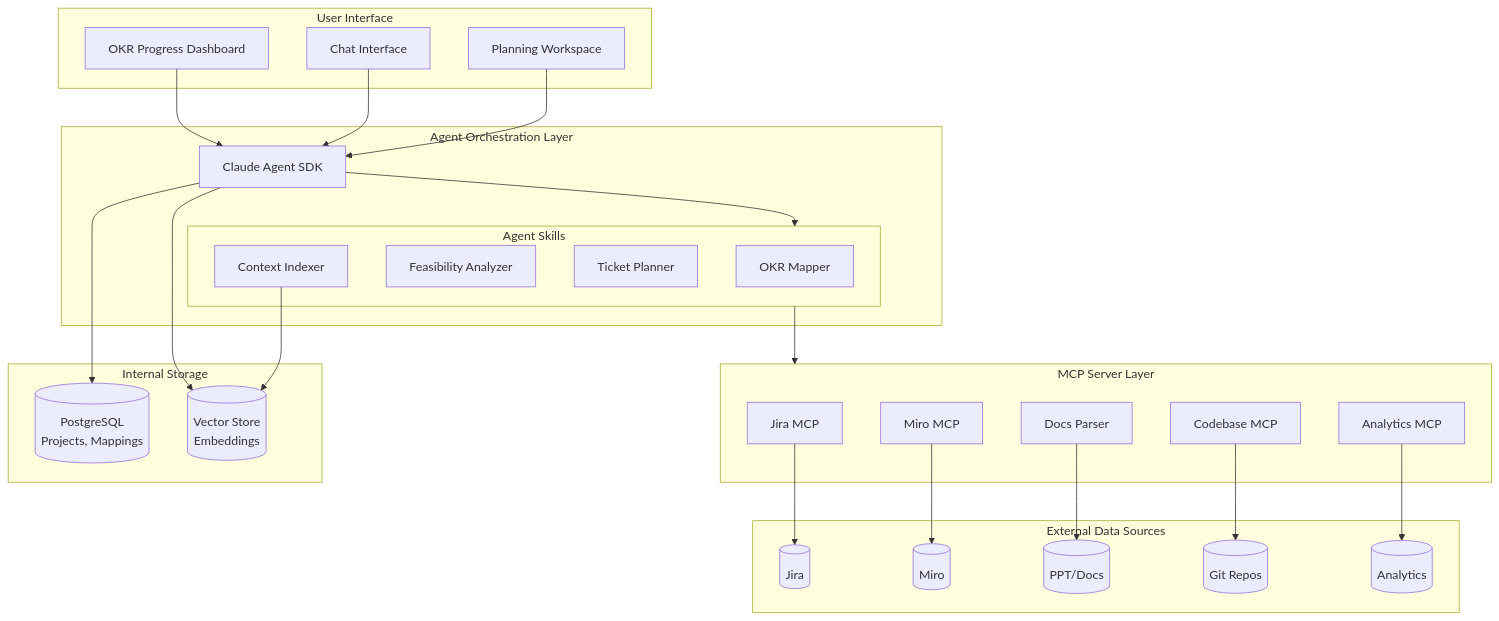
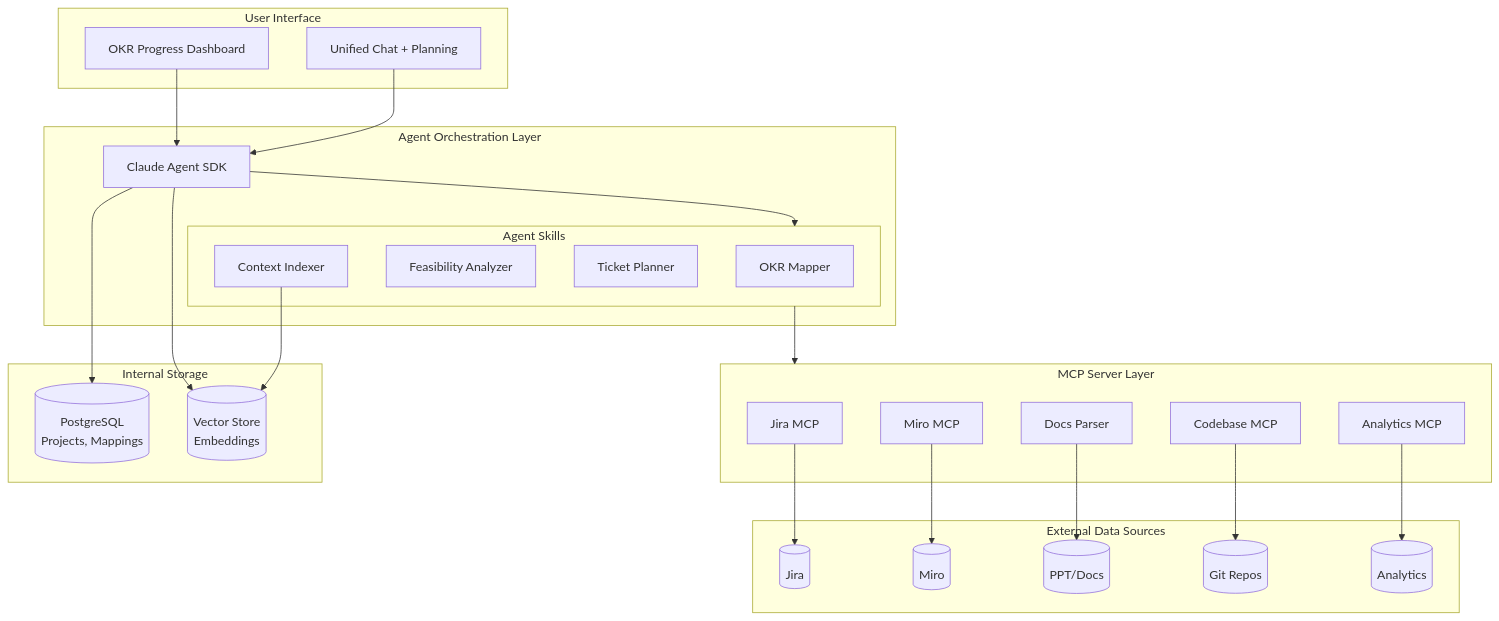
The first of 7 diagrams in writeup.md (sanchit-quinnox/AI4PMs), drawn with Mermaid before and after one commit. The commit also changed other lines of this file, not shown here.

````diff
--- a/writeup.md
+++ b/writeup.md
@@ -460,57 +462,55 @@
 ```mermaid
 flowchart TB
     subgraph UserInterface["User Interface"]
         Dashboard["OKR Progress Dashboard"]
-        Chat["Chat Interface"]
-        Planner["Planning Workspace"]
+        Chat["Unified Chat + Planning"]
     end
 
     subgraph AgentLayer["Agent Orchestration Layer"]
         Agent["Claude Agent SDK"]
         
         subgraph Skills["Agent Skills"]
             OKRSkill["OKR Mapper"]
             FeasibilitySkill["Feasibility Analyzer"]
             PlannerSkill["Ticket Planner"]
             IndexerSkill["Context Indexer"]
         end
     end
 
     subgraph MCPLayer["MCP Server Layer"]
         JiraMCP["Jira MCP"]
         MiroMCP["Miro MCP"]
         DocsMCP["Docs Parser"]
         CodeMCP["Codebase MCP"]
         AnalyticsMCP["Analytics MCP"]
     end
 
     subgraph DataSources["External Data Sources"]
         Jira[(Jira)]
         Miro[(Miro)]
         Docs[(PPT/Docs)]
         Repos[(Git Repos)]
         Analytics[(Analytics)]
     end
 
     subgraph Storage["Internal Storage"]
         DB[(PostgreSQL<br/>Projects, Mappings)]
         VectorDB[(Vector Store<br/>Embeddings)]
     end
 
     Dashboard --> Agent
     Chat --> Agent
-    Planner --> Agent
 
     Agent --> Skills
     Skills --> MCPLayer
 
     JiraMCP --> Jira
     MiroMCP --> Miro
     DocsMCP --> Docs
     CodeMCP --> Repos
     AnalyticsMCP --> Analytics
 
     Agent --> DB
     Agent --> VectorDB
     IndexerSkill --> VectorDB
 ```
````
